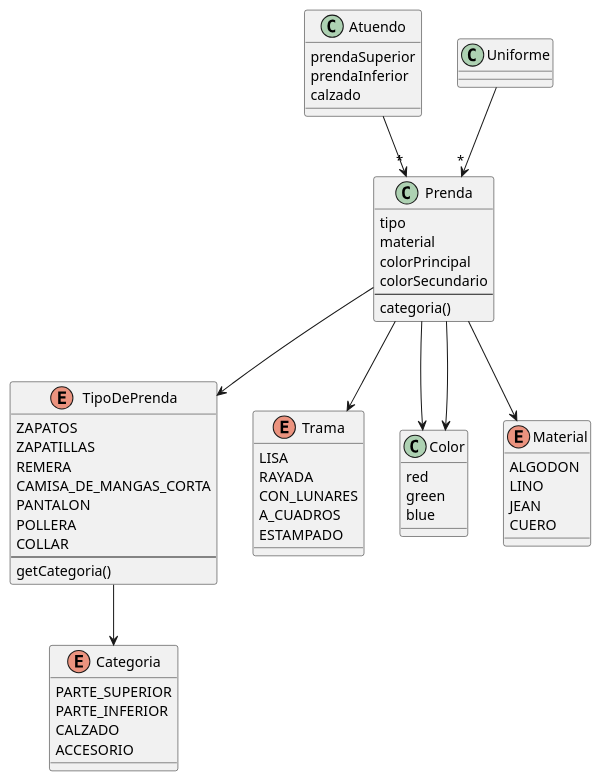
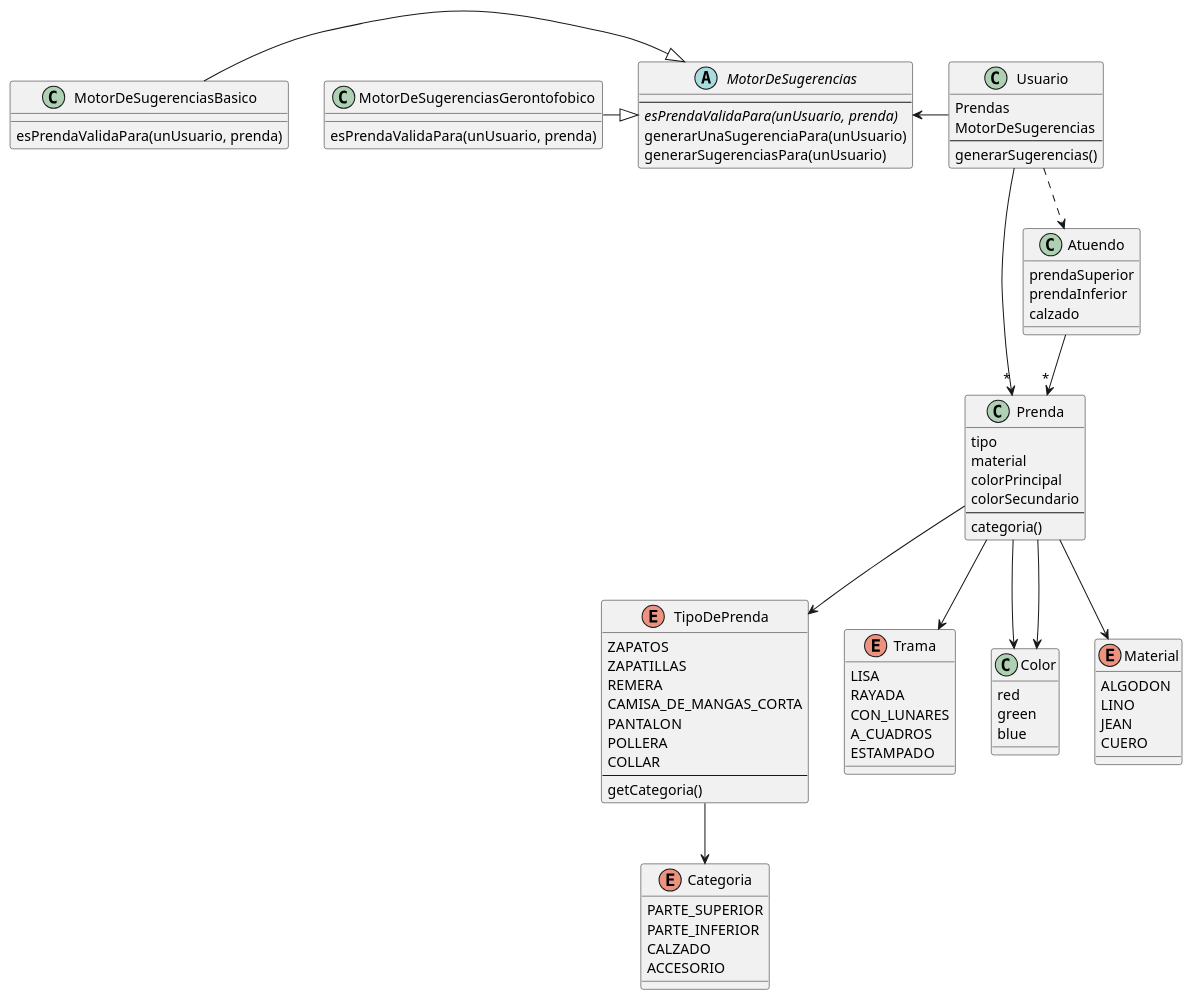
The diagram in src/main/java/diagrama.plantuml (LautaroMelchiori/QueMePongo), drawn with PlantUML before and after one commit. The commit also changed 1 other file, not shown here.

Commit message:
modelo al usuario como un objeto con prendas, motor de sugerencias y la capacidad de generar sugerencias de atuendo - QMP3

```diff
--- a/src/main/java/diagrama.plantuml
+++ b/src/main/java/diagrama.plantuml
@@ -1,66 +1,92 @@
 @startuml Diagrama
 
 class Prenda {
     tipo
     material
     colorPrincipal
     colorSecundario
     --
     categoria()
 }
 class Atuendo {
     prendaSuperior
     prendaInferior
     calzado
+}
+
+class Usuario {
+    Prendas
+    MotorDeSugerencias
+    --
+    generarSugerencias()
+}
+
+abstract class MotorDeSugerencias {
+    --
+    {abstract} esPrendaValidaPara(unUsuario, prenda)
+    generarUnaSugerenciaPara(unUsuario)
+    generarSugerenciasPara(unUsuario)
+}
+
+class MotorDeSugerenciasBasico {
+  esPrendaValidaPara(unUsuario, prenda)
+}
+
+class MotorDeSugerenciasGerontofobico {
+  esPrendaValidaPara(unUsuario, prenda)
 }
 
 enum TipoDePrenda {
     ZAPATOS
     ZAPATILLAS
     REMERA
     CAMISA_DE_MANGAS_CORTA
     PANTALON
     POLLERA
     COLLAR
     --
     getCategoria()
 }
 
 enum Trama {
   LISA
   RAYADA
   CON_LUNARES
   A_CUADROS
   ESTAMPADO
 }
 
 class Color {
     red
     green
     blue
 }
 
 enum Material {
   ALGODON
   LINO
   JEAN
   CUERO
 }
 
 enum Categoria {
   PARTE_SUPERIOR
   PARTE_INFERIOR
   CALZADO
   ACCESORIO
 }
 
 Atuendo --> "*"  Prenda
-Uniforme --> "*" Prenda
+Usuario --> "*" Prenda
+Usuario ..> Atuendo
 Prenda --> Material
 Prenda --> Color
 Prenda --> Color
 Prenda --> TipoDePrenda
 Prenda --> Trama
 TipoDePrenda --> Categoria
+Usuario -l-> MotorDeSugerencias
+MotorDeSugerenciasBasico -|> MotorDeSugerencias
+MotorDeSugerenciasGerontofobico -d|> MotorDeSugerencias
 
 @enduml
```
